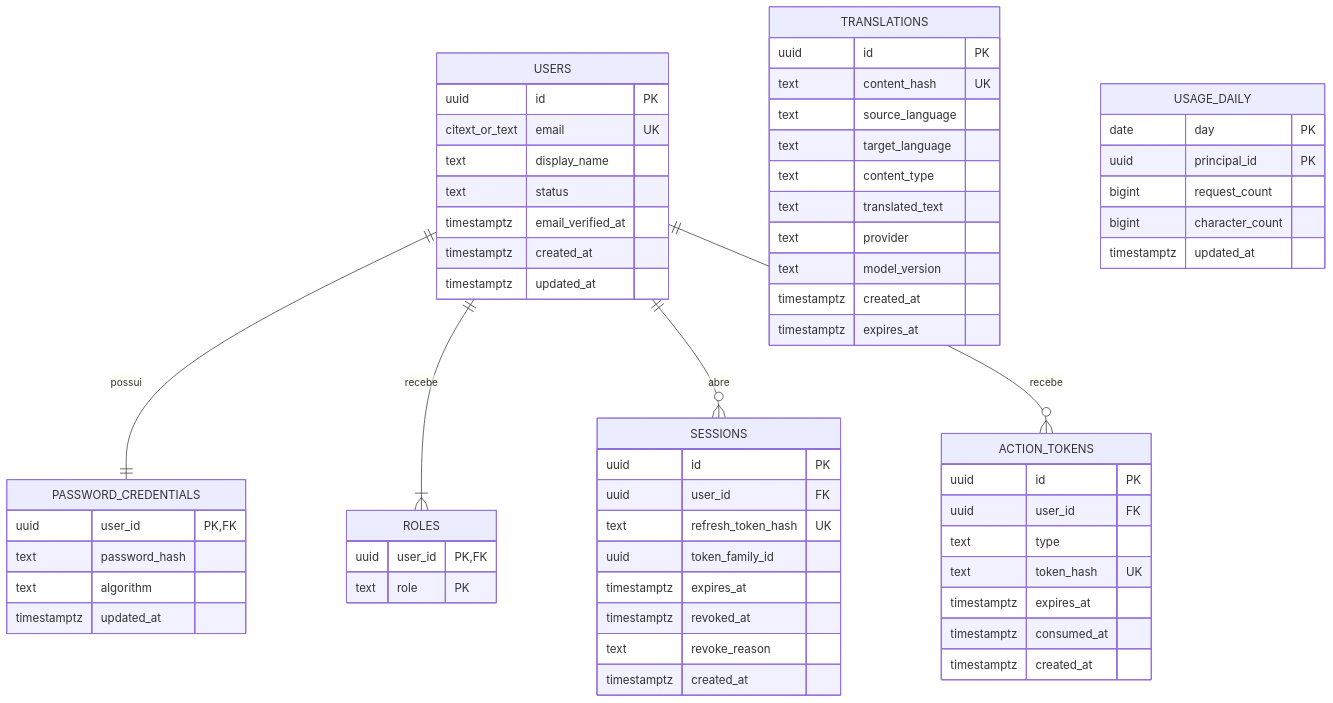
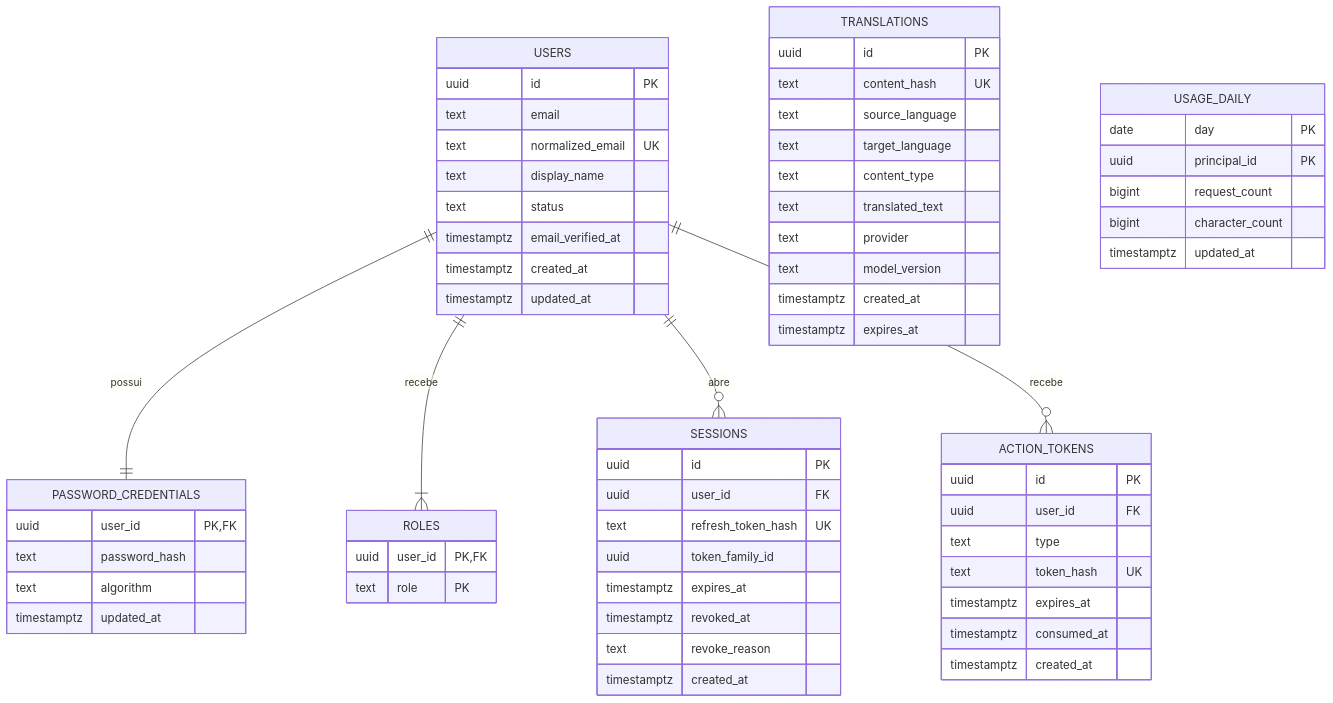
Before and after one commit to Drufontael/mykytadu-api: the sixth of 14 diagrams in docs/modelagem.md, drawn with Mermaid. The commit also changed other lines of this file and 2 other files, not shown here.

````diff
--- a/docs/modelagem.md
+++ b/docs/modelagem.md
@@ -295,65 +295,66 @@
 ```mermaid
 erDiagram
     USERS {
         uuid id PK
-        citext_or_text email UK
+        text email
+        text normalized_email UK
         text display_name
         text status
         timestamptz email_verified_at
         timestamptz created_at
         timestamptz updated_at
     }
     PASSWORD_CREDENTIALS {
         uuid user_id PK,FK
         text password_hash
         text algorithm
         timestamptz updated_at
     }
     ROLES {
         uuid user_id PK,FK
         text role PK
     }
     SESSIONS {
         uuid id PK
         uuid user_id FK
         text refresh_token_hash UK
         uuid token_family_id
         timestamptz expires_at
         timestamptz revoked_at
         text revoke_reason
         timestamptz created_at
     }
     ACTION_TOKENS {
         uuid id PK
         uuid user_id FK
         text type
         text token_hash UK
         timestamptz expires_at
         timestamptz consumed_at
         timestamptz created_at
     }
     TRANSLATIONS {
         uuid id PK
         text content_hash UK
         text source_language
         text target_language
         text content_type
         text translated_text
         text provider
         text model_version
         timestamptz created_at
         timestamptz expires_at
     }
     USAGE_DAILY {
         date day PK
         uuid principal_id PK
         bigint request_count
         bigint character_count
         timestamptz updated_at
     }
 
     USERS ||--|| PASSWORD_CREDENTIALS : possui
     USERS ||--|{ ROLES : recebe
     USERS ||--o{ SESSIONS : abre
     USERS ||--o{ ACTION_TOKENS : recebe
 ```
````
